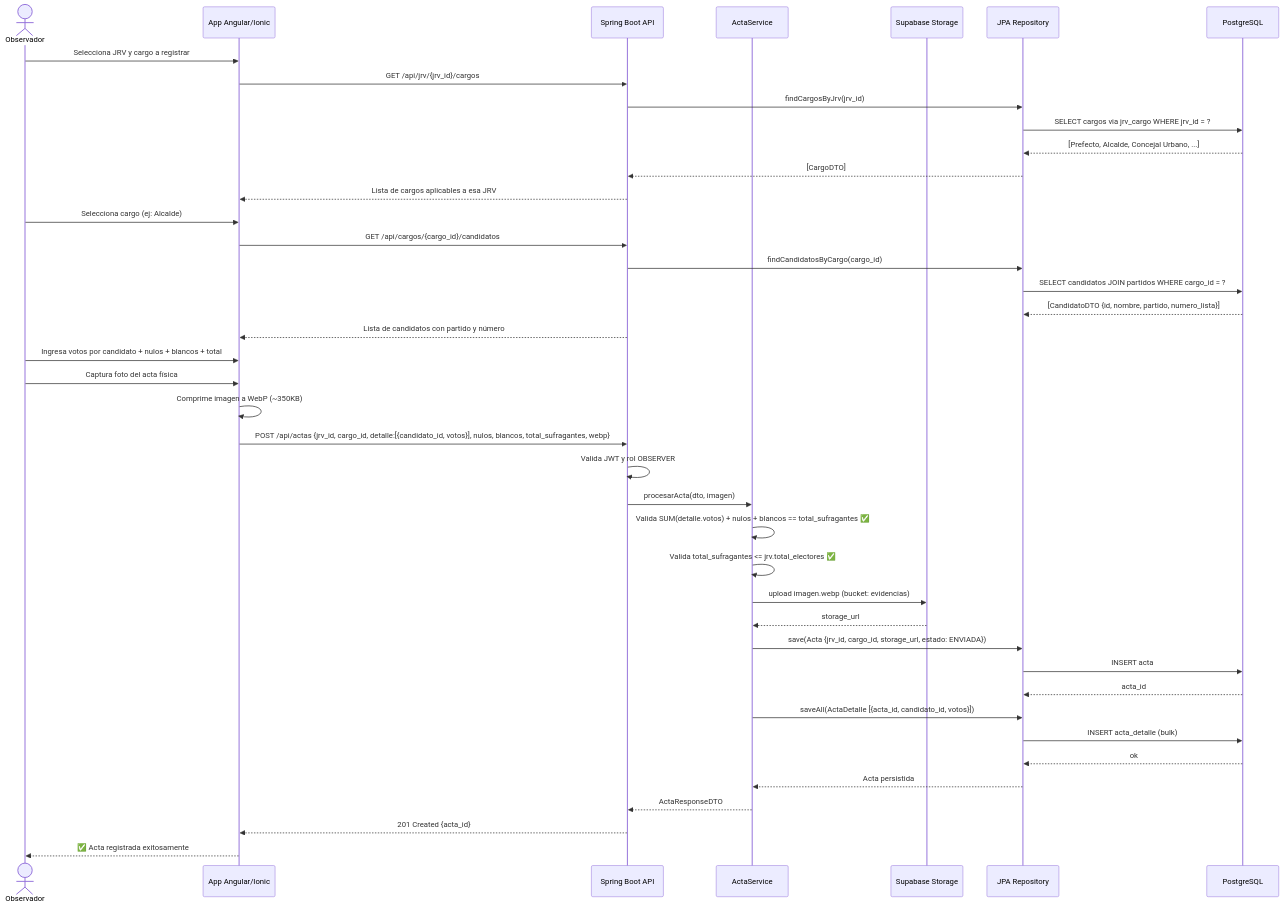
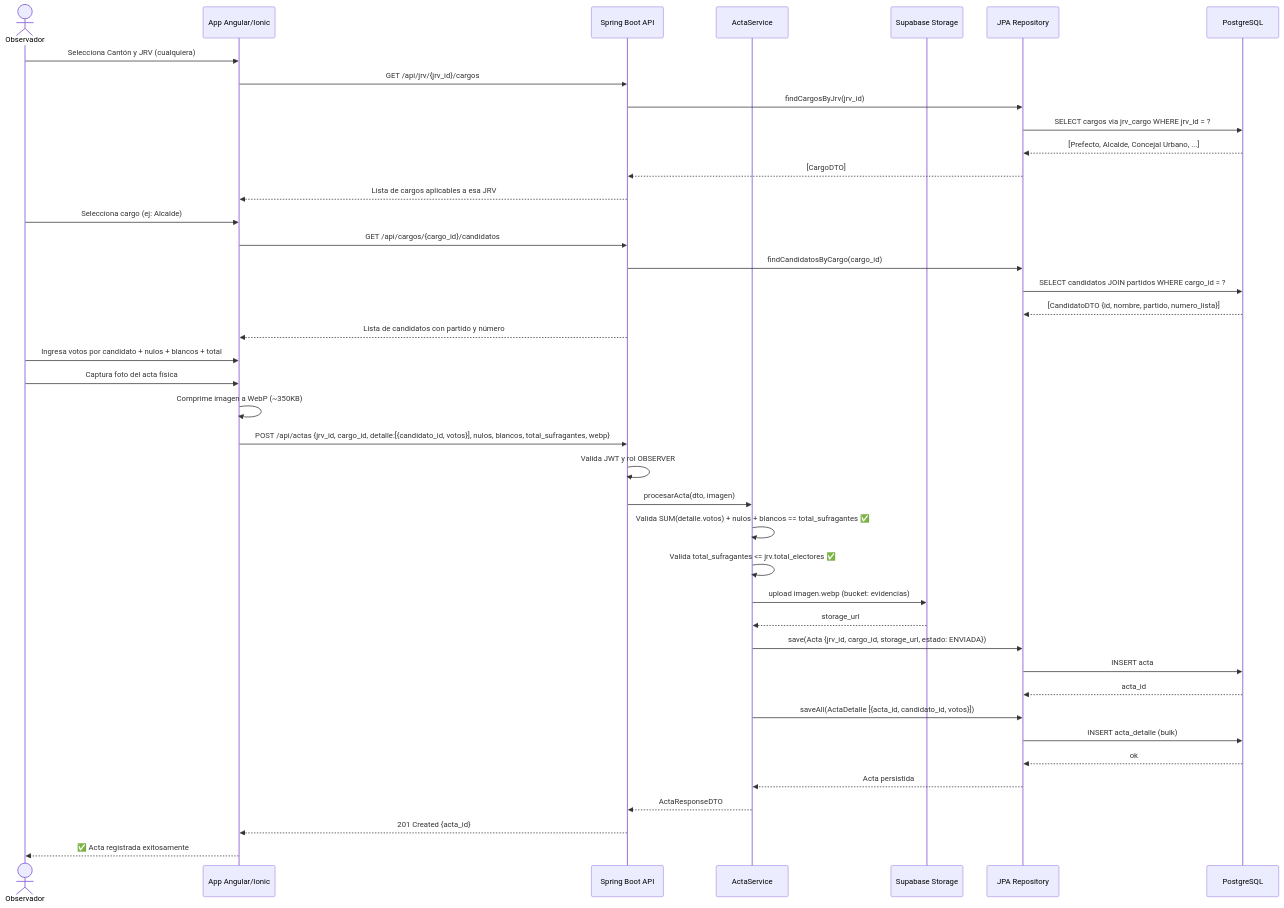
Before and after one commit to Brydyan/Control-s-Elector: the diagram in diagram/secuencias/01-registro-exitoso.md, drawn with Mermaid. The commit also changed other lines of this file and 24 other files, not shown here.

Commit message:
Update diagram

````diff
--- a/diagram/secuencias/01-registro-exitoso.md
+++ b/diagram/secuencias/01-registro-exitoso.md
@@ -5,52 +7,52 @@
 ```mermaid
 sequenceDiagram
     actor OBS as Observador
     participant APP as App Angular/Ionic
     participant API as Spring Boot API
     participant SVC as ActaService
     participant STG as Supabase Storage
     participant JPA as JPA Repository
     participant PG as PostgreSQL
 
-    OBS->>APP: Selecciona JRV y cargo a registrar
+    OBS->>APP: Selecciona Cantón y JRV (cualquiera)
     APP->>API: GET /api/jrv/{jrv_id}/cargos
     API->>JPA: findCargosByJrv(jrv_id)
     JPA->>PG: SELECT cargos via jrv_cargo WHERE jrv_id = ?
     PG-->>JPA: [Prefecto, Alcalde, Concejal Urbano, ...]
     JPA-->>API: [CargoDTO]
     API-->>APP: Lista de cargos aplicables a esa JRV
 
     OBS->>APP: Selecciona cargo (ej: Alcalde)
     APP->>API: GET /api/cargos/{cargo_id}/candidatos
     API->>JPA: findCandidatosByCargo(cargo_id)
     JPA->>PG: SELECT candidatos JOIN partidos WHERE cargo_id = ?
     PG-->>JPA: [CandidatoDTO {id, nombre, partido, numero_lista}]
     API-->>APP: Lista de candidatos con partido y número
 
     OBS->>APP: Ingresa votos por candidato + nulos + blancos + total
     OBS->>APP: Captura foto del acta física
     APP->>APP: Comprime imagen a WebP (~350KB)
 
     APP->>API: POST /api/actas {jrv_id, cargo_id, detalle:[{candidato_id, votos}], nulos, blancos, total_sufragantes, webp}
     API->>API: Valida JWT y rol OBSERVER
     API->>SVC: procesarActa(dto, imagen)
 
     SVC->>SVC: Valida SUM(detalle.votos) + nulos + blancos == total_sufragantes ✅
     SVC->>SVC: Valida total_sufragantes <= jrv.total_electores ✅
 
     SVC->>STG: upload imagen.webp (bucket: evidencias)
     STG-->>SVC: storage_url
 
     SVC->>JPA: save(Acta {jrv_id, cargo_id, storage_url, estado: ENVIADA})
     JPA->>PG: INSERT acta
     PG-->>JPA: acta_id
 
     SVC->>JPA: saveAll(ActaDetalle [{acta_id, candidato_id, votos}])
     JPA->>PG: INSERT acta_detalle (bulk)
     PG-->>JPA: ok
 
     JPA-->>SVC: Acta persistida
     SVC-->>API: ActaResponseDTO
     API-->>APP: 201 Created {acta_id}
     APP-->>OBS: ✅ Acta registrada exitosamente
 ```
````
